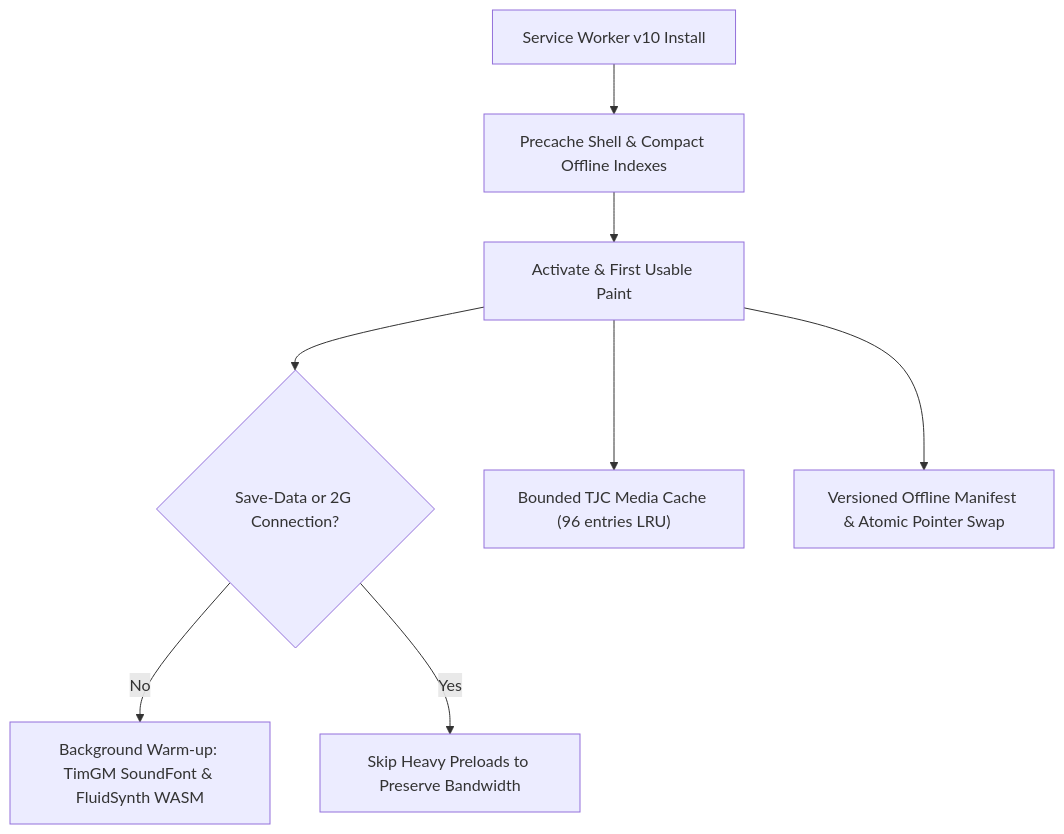
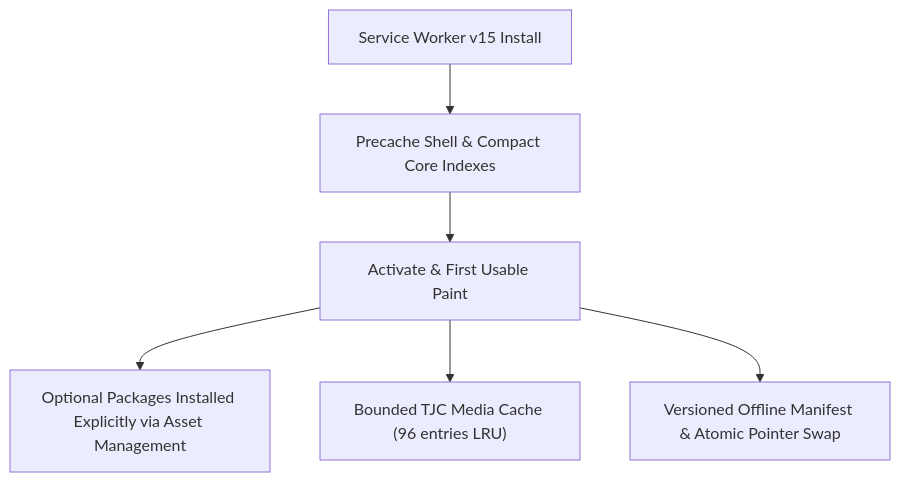
Before and after one commit to gyspnk/GYSApp-Tauri: diagram 18 of 21 in docs/architecture.md, drawn with Mermaid. The commit also changed other lines of this file and 92 other files, not shown here.

````diff
--- a/docs/architecture.md
+++ b/docs/architecture.md
@@ -409,10 +405,8 @@
 ```mermaid
 flowchart TD
-  SW["Service Worker v10 Install"] --> CORE["Precache Shell & Compact Offline Indexes"]
+  SW["Service Worker v15 Install"] --> CORE["Precache Shell & Compact Core Indexes"]
   CORE --> ACTIVATE["Activate & First Usable Paint"]
-  ACTIVATE --> CHECKNET{"Save-Data or 2G Connection?"}
-  CHECKNET -->|No| WARM["Background Warm-up: TimGM SoundFont & FluidSynth WASM"]
-  CHECKNET -->|Yes| SKIP["Skip Heavy Preloads to Preserve Bandwidth"]
+  ACTIVATE --> OPTIONAL["Optional Packages Installed Explicitly via Asset Management"]
   ACTIVATE --> TJCCACHE["Bounded TJC Media Cache (96 entries LRU)"]
   ACTIVATE --> MANIFEST["Versioned Offline Manifest & Atomic Pointer Swap"]
 ```
````
